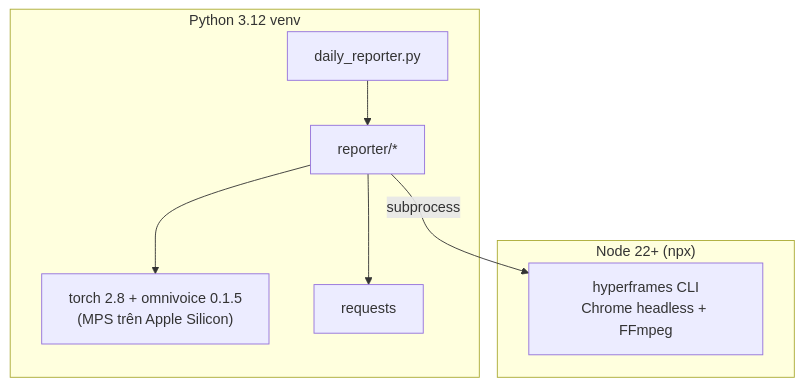
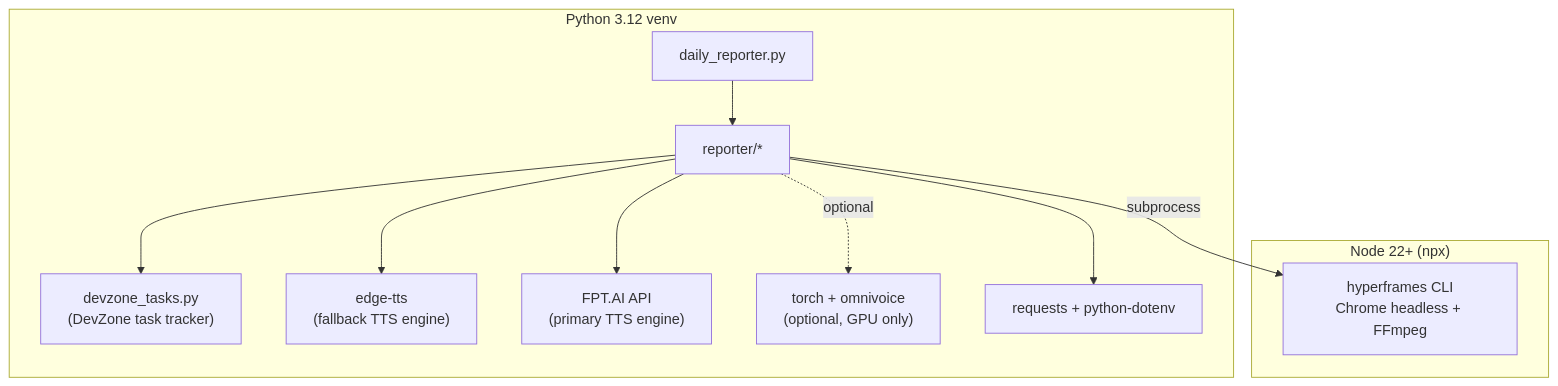
Before and after one commit to thienpham1567/report-daily: the fifth of 5 diagrams in ARCHITECTURE.md, drawn with Mermaid. The commit also changed other lines of this file and 12 other files, not shown here.

````diff
--- a/ARCHITECTURE.md
+++ b/ARCHITECTURE.md
@@ -156,16 +217,22 @@
 ```mermaid
 flowchart TB
     subgraph PY["Python 3.12 venv"]
         ORCH[daily_reporter.py]
         REP[reporter/*]
-        TORCH["torch 2.8 + omnivoice 0.1.5<br/>(MPS trên Apple Silicon)"]
-        REQ[requests]
+        DZT_MOD["devzone_tasks.py<br/>(DevZone task tracker)"]
+        EDGE_MOD["edge-tts<br/>(fallback TTS engine)"]
+        FPT_MOD["FPT.AI API<br/>(primary TTS engine)"]
+        TORCH["torch + omnivoice<br/>(optional, GPU only)"]
+        REQ[requests + python-dotenv]
     end
     subgraph NODE["Node 22+ (npx)"]
         HFCLI["hyperframes CLI<br/>Chrome headless + FFmpeg"]
     end
     ORCH --> REP
-    REP --> TORCH
+    REP --> DZT_MOD
+    REP --> FPT_MOD
+    REP --> EDGE_MOD
+    REP -.optional.-> TORCH
     REP --> REQ
     REP -->|subprocess| HFCLI
 ```
````
